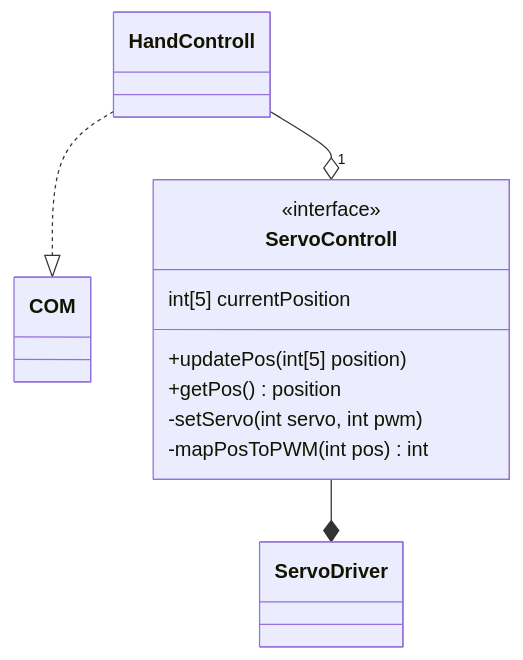
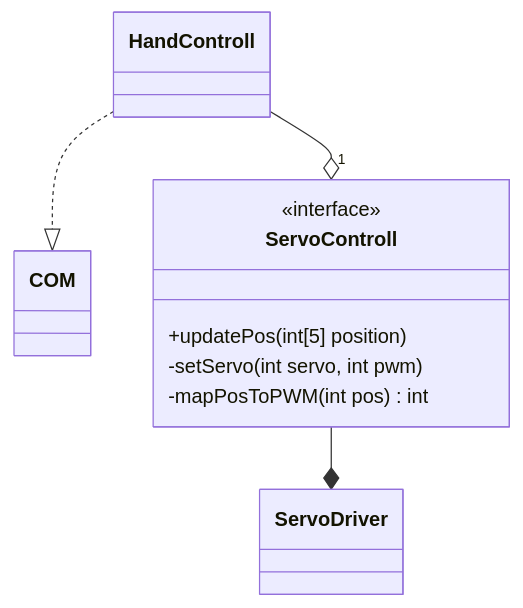
Before and after one commit to 3D-Bionics/Handcontrol-Software: the tenth of 10 diagrams in doc/SAS.md, drawn with Mermaid.

Commit message:
SAS Update: Slight changes to ServoControll Class

````diff
--- a/doc/SAS.md
+++ b/doc/SAS.md
@@ -401,26 +401,24 @@
 ```mermaid
 classDiagram
 	class HandControll{
 		
 	}
 	class COM{
 		
 	}
 	
 	class ServoControll{
 	<<interface>>
-		int[5] currentPosition
 		
 		+updatePos(int[5] position)
-		+getPos() position
 		
 		-setServo(int servo, int pwm)
 		-mapPosToPWM(int pos) int
 		
 	}
 	
 	ServoControll --* ServoDriver
 	HandControll ..|> COM
 	HandControll --o"1" ServoControll
 
 ```
````
